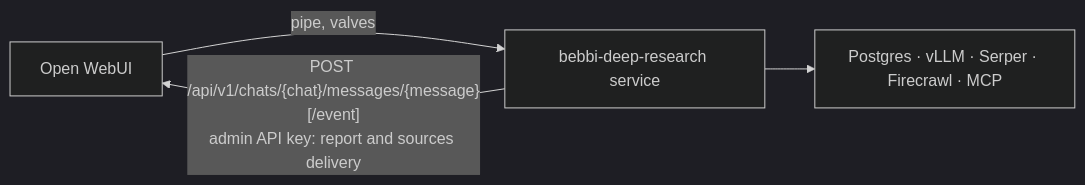
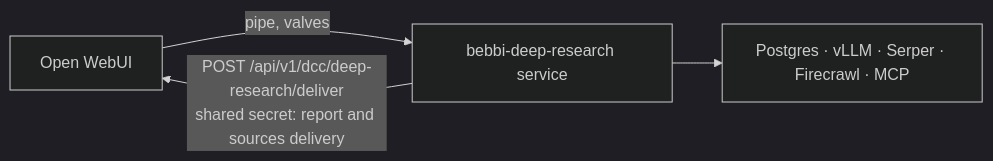
Before and after one commit to DCC-BS/bebbi-deep-research: the diagram in docs/integration.md, drawn with Mermaid (dark theme). The commit also changed other lines of this file and 5 other files, not shown here.

````diff
--- a/docs/integration.md
+++ b/docs/integration.md
@@ -6,6 +6,6 @@
 ```mermaid
 flowchart LR
     owui["Open WebUI"] -- "pipe, valves" --> svc["bebbi-deep-research service"]
     svc --> deps["Postgres · vLLM · Serper · Firecrawl · MCP"]
-    svc -- "POST /api/v1/chats/{chat}/messages/{message}[/event]<br/>admin API key: report and sources delivery" --> owui
+    svc -- "POST /api/v1/dcc/deep-research/deliver<br/>shared secret: report and sources delivery" --> owui
 ```
````
